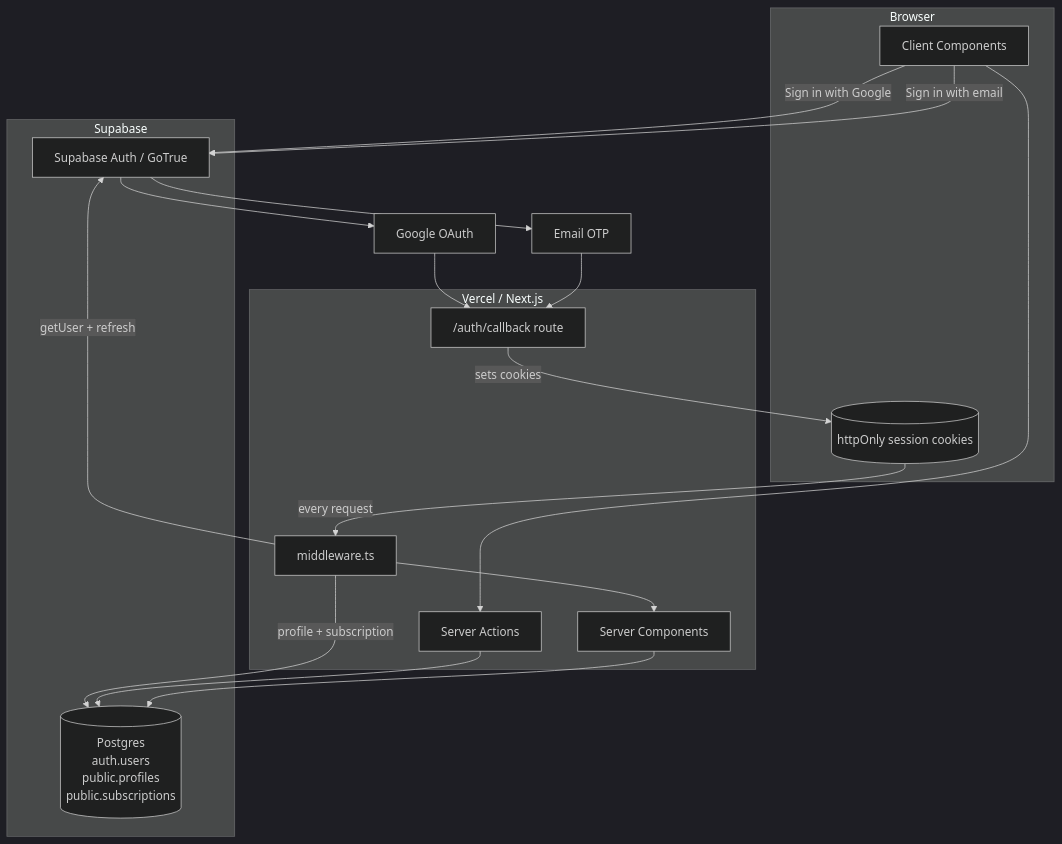
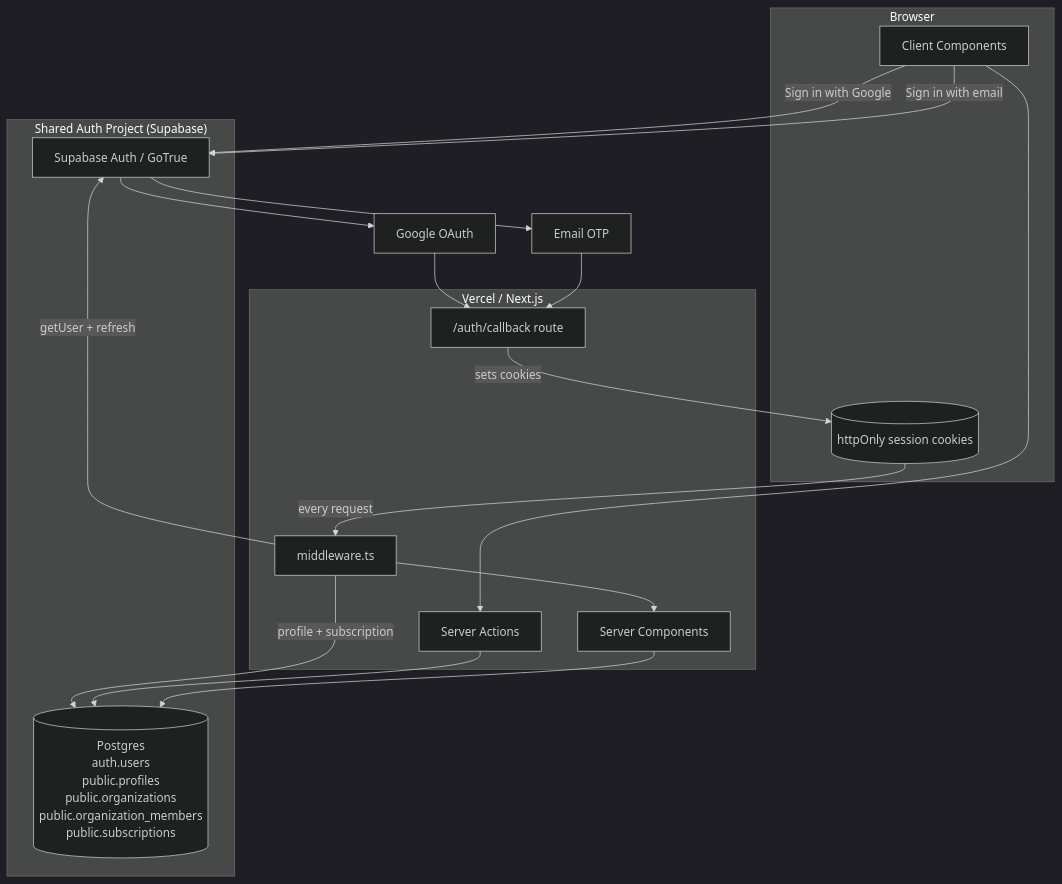
Before and after one commit to imaanbrar/speclyy: the diagram in docs/architecture/auth.md, drawn with Mermaid (dark theme). The commit also changed other lines of this file and 3 other files, not shown here.

First line of the commit message:
Add ADR-0019 multi-app architecture: shared auth project + organizations

````diff
--- a/docs/architecture/auth.md
+++ b/docs/architecture/auth.md
@@ -9,37 +29,37 @@
 ```mermaid
 flowchart TB
   subgraph Browser
     UI[Client Components]
     Cookie[(httpOnly session cookies)]
   end
 
   subgraph Vercel["Vercel / Next.js"]
     MW[middleware.ts]
     RSC[Server Components]
     SA[Server Actions]
     Cb["/auth/callback route"]
   end
 
-  subgraph Supabase
+  subgraph Supabase["Shared Auth Project (Supabase)"]
     Auth[Supabase Auth / GoTrue]
-    DB[(Postgres<br/>auth.users<br/>public.profiles<br/>public.subscriptions)]
+    DB[(Postgres<br/>auth.users<br/>public.profiles<br/>public.organizations<br/>public.organization_members<br/>public.subscriptions)]
   end
 
   Google[Google OAuth]
   Mail[Email OTP]
 
   UI -->|"Sign in with Google"| Auth
   UI -->|"Sign in with email"| Auth
   Auth --> Google
   Auth --> Mail
   Google --> Cb
   Mail --> Cb
   Cb -->|sets cookies| Cookie
   Cookie -->|every request| MW
   MW -->|getUser + refresh| Auth
   MW -->|profile + subscription| DB
   MW --> RSC
   UI --> SA
   SA --> DB
   RSC --> DB
 ```
````
